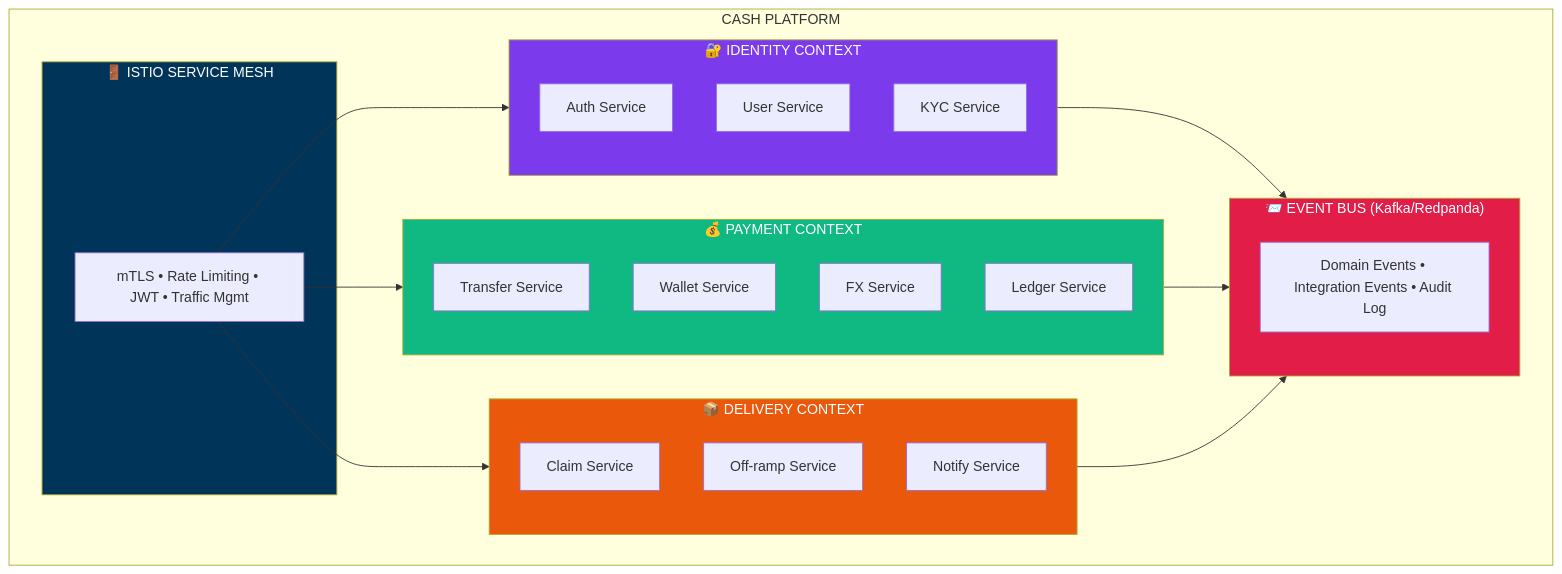
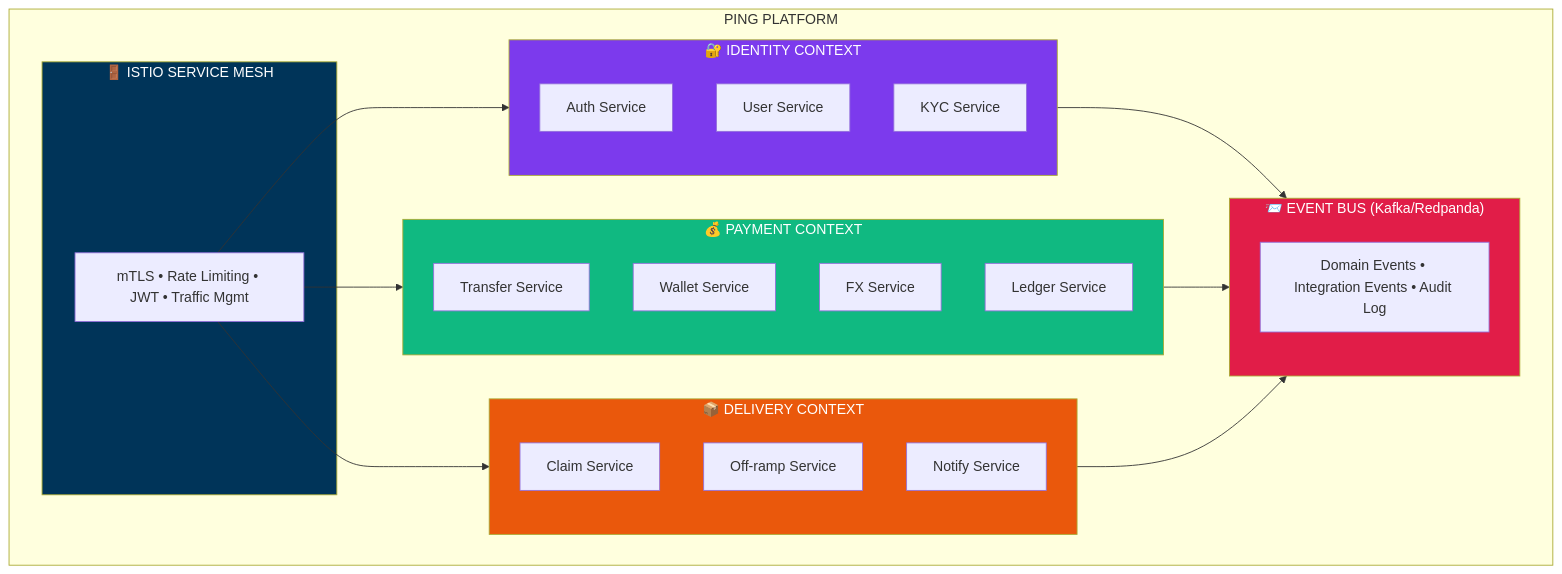
One commit to ping-cash/ping-cash changed the first of 18 diagrams in docs/NFR.md. Above: the diagram before and after it, drawn with Mermaid. The commit also changed other lines of this file and 38 other files, not shown here.

First line of the commit message:
chore: rebrand Cash → Ping; migrate to ping-cash/ping-cash

````diff
--- a/docs/NFR.md
+++ b/docs/NFR.md
@@ -70,40 +70,40 @@
 ```mermaid
 flowchart TB
-    subgraph Platform["CASH PLATFORM"]
+    subgraph Platform["PING PLATFORM"]
         subgraph Gateway["🚪 ISTIO SERVICE MESH"]
             GW[mTLS • Rate Limiting • JWT • Traffic Mgmt]
         end
 
         subgraph Identity["🔐 IDENTITY CONTEXT"]
             Auth[Auth Service]
             User[User Service]
             KYC[KYC Service]
         end
 
         subgraph Payment["💰 PAYMENT CONTEXT"]
             Transfer[Transfer Service]
             Wallet[Wallet Service]
             FX[FX Service]
             Ledger[Ledger Service]
         end
 
         subgraph Delivery["📦 DELIVERY CONTEXT"]
             Claim[Claim Service]
             Offramp[Off-ramp Service]
             Notify[Notify Service]
         end
 
         subgraph EventBus["📨 EVENT BUS (Kafka/Redpanda)"]
             Events[Domain Events • Integration Events • Audit Log]
         end
 
         GW --> Identity & Payment & Delivery
         Identity & Payment & Delivery --> EventBus
     end
 
     style Gateway fill:#003459,color:#fff
     style Identity fill:#7c3aed,color:#fff
     style Payment fill:#10b981,color:#fff
     style Delivery fill:#ea580c,color:#fff
     style EventBus fill:#e11d48,color:#fff
 ```
````
